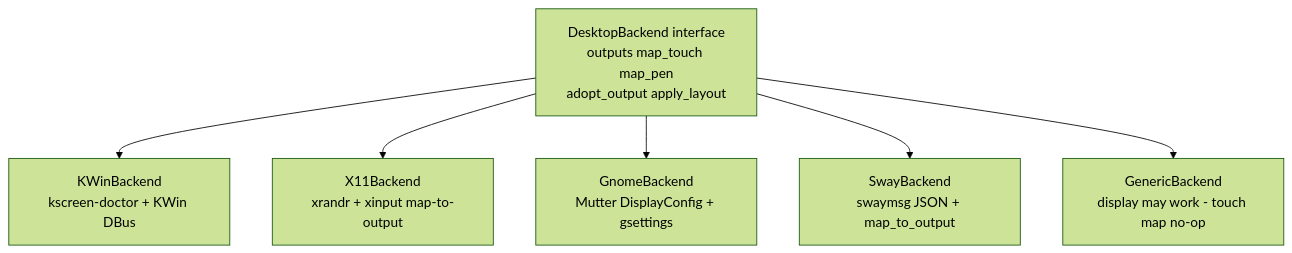
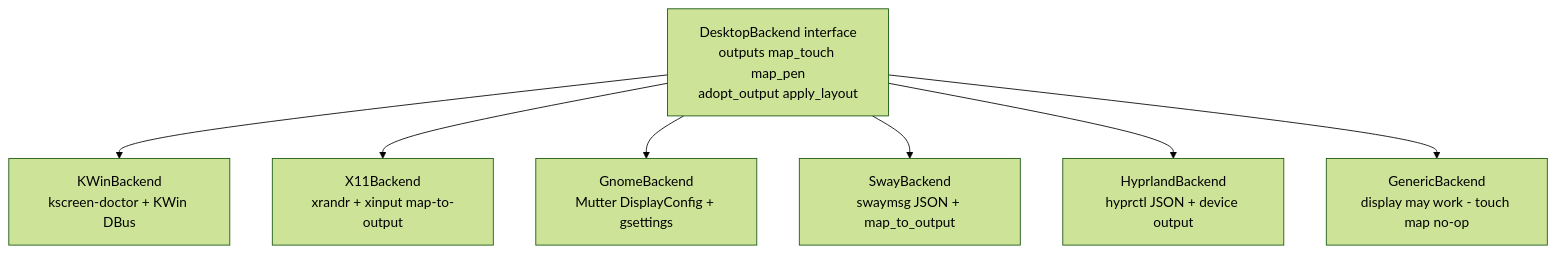
The eighth of 10 diagrams in docs/ARCHITECTURE.md (Spinjitsudoom/droppix), drawn with Mermaid (forest theme) before and after one commit. The commit also changed other lines of this file and 9 other files, not shown here.

First line of the commit message:
feat(host): Hyprland backend (partial); live compositors beat the kscreen fallback

````diff
--- a/docs/ARCHITECTURE.md
+++ b/docs/ARCHITECTURE.md
@@ -214,9 +214,10 @@
 ```mermaid
 graph TB
     IFACE["DesktopBackend interface<br/>outputs map_touch map_pen<br/>adopt_output apply_layout"]
     IFACE --> KWIN["KWinBackend<br/>kscreen-doctor + KWin DBus"]
     IFACE --> X11["X11Backend<br/>xrandr + xinput map-to-output"]
     IFACE --> GNOME["GnomeBackend<br/>Mutter DisplayConfig + gsettings"]
     IFACE --> SWAY["SwayBackend<br/>swaymsg JSON + map_to_output"]
+    IFACE --> HYPR["HyprlandBackend<br/>hyprctl JSON + device output"]
     IFACE --> GEN["GenericBackend<br/>display may work - touch map no-op"]
 ```
````
